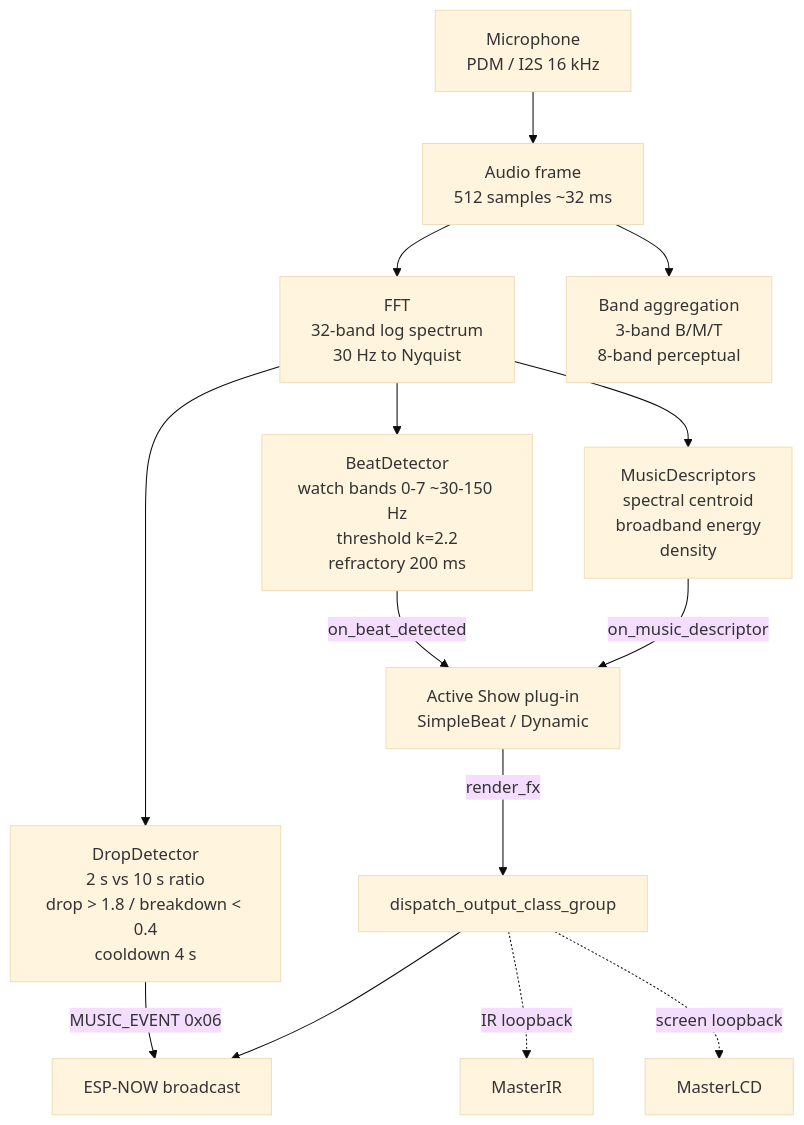
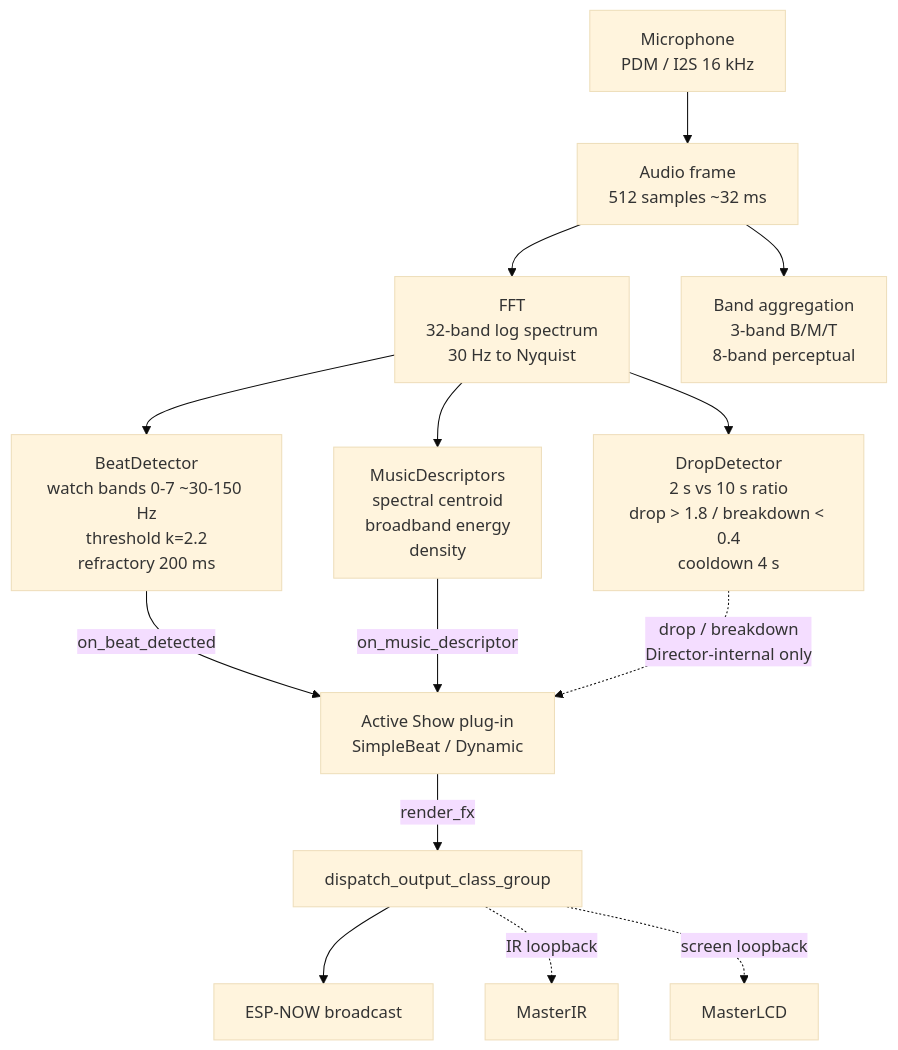
The fourth of 8 diagrams in docs/manuals/flow-diagrams.md (ratcliffej/nocturnation-stickc), drawn with Mermaid (base theme) before and after one commit. The commit also changed other lines of this file and 5 other files, not shown here.

````diff
--- a/docs/manuals/flow-diagrams.md
+++ b/docs/manuals/flow-diagrams.md
@@ -125,20 +125,20 @@
 ```mermaid
 flowchart TD
     Mic[Microphone<br/>PDM / I2S 16 kHz] --> Frame[Audio frame<br/>512 samples ~32 ms]
     Frame --> FFT[FFT<br/>32-band log spectrum<br/>30 Hz to Nyquist]
     Frame --> Bands[Band aggregation<br/>3-band B/M/T<br/>8-band perceptual]
 
     FFT --> BeatDet[BeatDetector<br/>watch bands 0-7 ~30-150 Hz<br/>threshold k=2.2<br/>refractory 200 ms]
     FFT --> DropDet[DropDetector<br/>2 s vs 10 s ratio<br/>drop > 1.8 / breakdown < 0.4<br/>cooldown 4 s]
     FFT --> Desc[MusicDescriptors<br/>spectral centroid<br/>broadband energy<br/>density]
 
     BeatDet -- on_beat_detected --> Show
     Desc -- on_music_descriptor --> Show
-    DropDet -- "MUSIC_EVENT 0x06" --> ESPNow
+    DropDet -. "drop / breakdown<br/>Director-internal only" .-> Show
 
     Show[Active Show plug-in<br/>SimpleBeat / Dynamic]
     Show -- render_fx --> Dispatch[dispatch_output_class_group]
     Dispatch --> ESPNow[ESP-NOW broadcast]
     Dispatch -. IR loopback .-> MasterIR
     Dispatch -. screen loopback .-> MasterLCD
 ```
````
